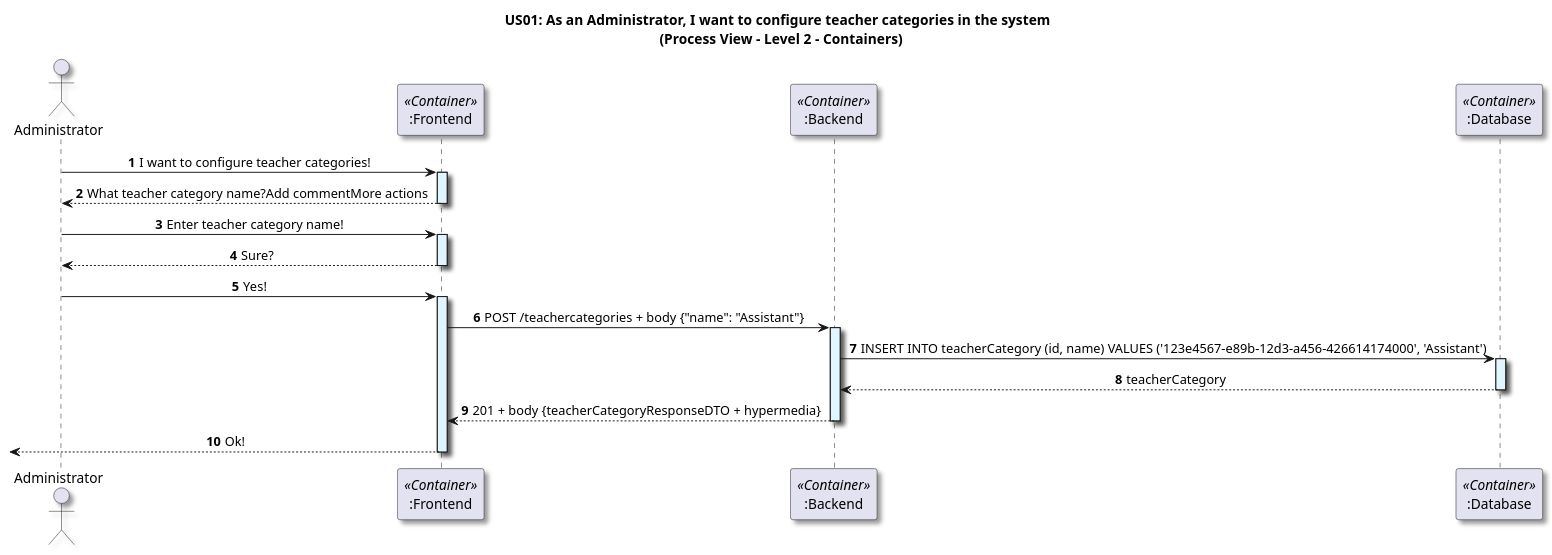
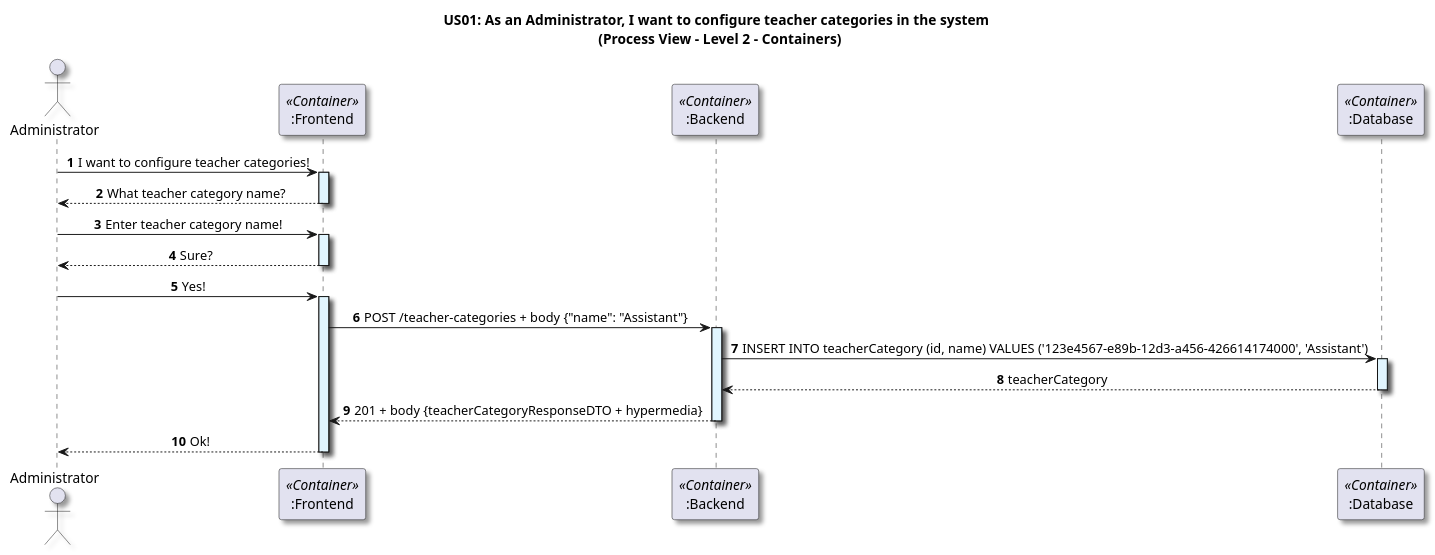
The diagram in docs/US01/Sprint6_RestAPI/ProcessView/Level2.puml (GasparISEP/DevOps-PAI), drawn with PlantUML before and after one commit. The commit also changed 3 other files, not shown here.

Commit message:
refactor(diagrams): update architectural diagrams for configureTeacherCategory to reflect endpoint and HATEOAS changes #675 #713

```diff
--- a/docs/US01/Sprint6_RestAPI/ProcessView/Level2.puml
+++ b/docs/US01/Sprint6_RestAPI/ProcessView/Level2.puml
@@ -1,45 +1,45 @@
 @startuml
 
 title US01: As an Administrator, I want to configure teacher categories in the system \n (Process View - Level 2 - Containers)
 
 skinparam componentStyle component
 skinparam defaultTextAlignment center
 skinparam shadowing true
 
 autonumber
 
 actor Administrator as admin
 participant ":Frontend" as frontend <<Container>>
 participant ":Backend" as backend <<Container>>
 participant ":Database" as db <<Container>>
 
 
 admin -> frontend: I want to configure teacher categories!
 activate frontend #E1F5FE
-frontend --> admin: What teacher category name?Add commentMore actions
+frontend --> admin: What teacher category name?
 deactivate frontend
 
 admin -> frontend: Enter teacher category name!
 activate frontend #E1F5FE
 frontend --> admin: Sure?
 deactivate frontend
 
 admin -> frontend: Yes!
 activate frontend #E1F5FE
 
-frontend -> backend: POST /teachercategories + body {"name": "Assistant"}
+frontend -> backend: POST /teacher-categories + body {"name": "Assistant"}
 activate backend #E1F5FE
 
 backend -> db: INSERT INTO teacherCategory (id, name) VALUES ('123e4567-e89b-12d3-a456-426614174000', 'Assistant')
 activate db #E1F5FE
 
 db --> backend: teacherCategory
 deactivate db
 
 backend --> frontend: 201 + body {teacherCategoryResponseDTO + hypermedia}
 deactivate backend
 
-<-- frontend : Ok!
+frontend --> admin  : Ok!
 deactivate frontend
 
 @enduml
```
